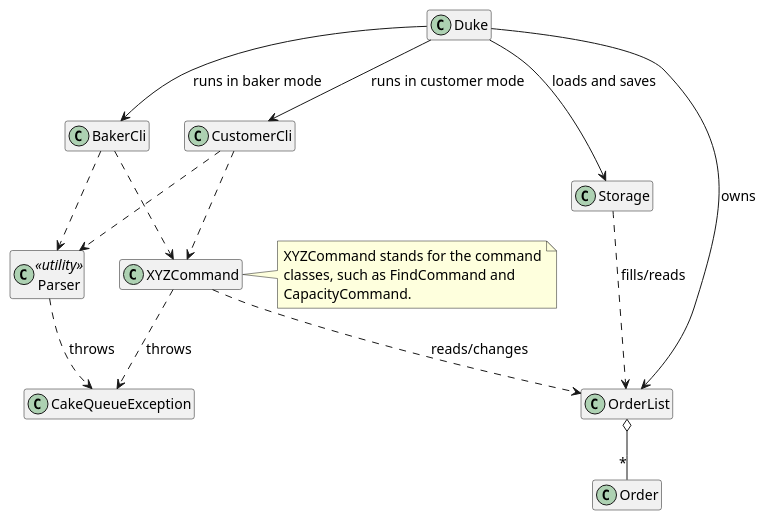
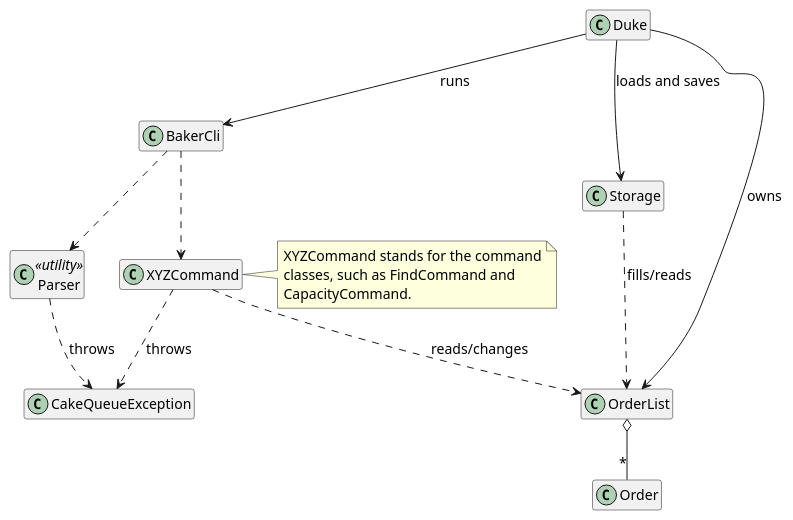
One commit to AY2627S1-CS2113-W12-1/tp changed the diagram in docs/diagrams/ArchitectureOverview.puml. Above: the diagram before and after it, drawn with PlantUML. The commit also changed 27 other files, not shown here.

```diff
--- a/docs/diagrams/ArchitectureOverview.puml
+++ b/docs/diagrams/ArchitectureOverview.puml
@@ -1,38 +1,34 @@
 @startuml
 skinparam classAttributeIconSize 0
 skinparam shadowing false
 skinparam defaultFontSize 14
 hide empty members
 
 class Duke
 class BakerCli
-class CustomerCli
 class Parser <<utility>>
 class "XYZCommand" as Command
 class OrderList
 class Order
 class Storage
 class CakeQueueException
 
-Duke --> BakerCli : runs in baker mode
-Duke --> CustomerCli : runs in customer mode
+Duke --> BakerCli : runs
 Duke --> Storage : loads and saves
 Duke --> OrderList : owns
 
 BakerCli ..> Parser
-CustomerCli ..> Parser
 BakerCli ..> Command
-CustomerCli ..> Command
 Command ..> OrderList : reads/changes
 Storage ..> OrderList : fills/reads
 OrderList o-- "*" Order
 
 Parser ..> CakeQueueException : throws
 Command ..> CakeQueueException : throws
 
 note right of Command
   XYZCommand stands for the command
   classes, such as FindCommand and
   CapacityCommand.
 end note
 @enduml
```
